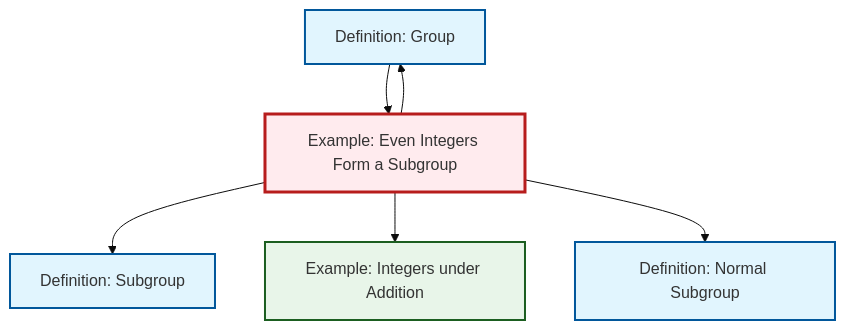
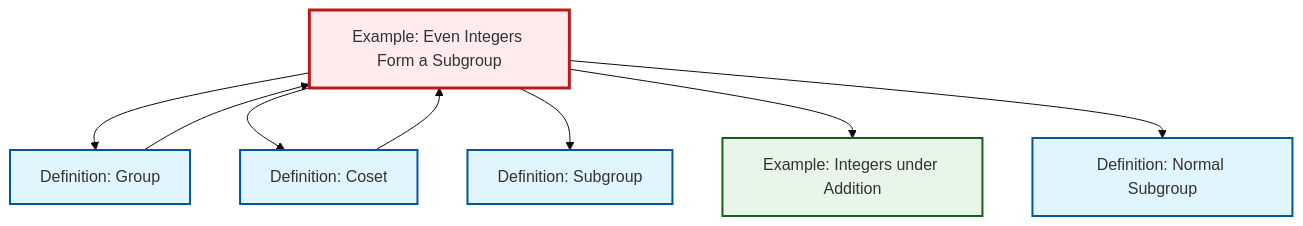
One commit to RK0429/ModernMath changed the diagram in content/ja/algebra/ex-even-integers-subgroup.qmd. Above: the diagram before and after it, drawn with Mermaid (base theme). The commit also changed 417 other files, not shown here.

````diff
--- a/content/ja/algebra/ex-even-integers-subgroup.qmd
+++ b/content/ja/algebra/ex-even-integers-subgroup.qmd
@@ -51,24 +51,28 @@
 ```{mermaid}
 %%| fig-cap: "Local dependency graph"
 graph TD
     classDef definition fill:#e1f5fe,stroke:#01579b,stroke-width:2px
     classDef theorem fill:#f3e5f5,stroke:#4a148c,stroke-width:2px
     classDef axiom fill:#fff3e0,stroke:#e65100,stroke-width:2px
     classDef example fill:#e8f5e9,stroke:#1b5e20,stroke-width:2px
     classDef current fill:#ffebee,stroke:#b71c1c,stroke-width:3px
+    ex-even-integers-subgroup["Example: Even Integers Form a Subgroup"]:::example
+    def-coset["Definition: Coset"]:::definition
+    def-normal-subgroup["Definition: Normal Subgroup"]:::definition
+    ex-integers-addition["Example: Integers under Addition"]:::example
     def-subgroup["Definition: Subgroup"]:::definition
-    def-normal-subgroup["Definition: Normal Subgroup"]:::definition
     def-group["Definition: Group"]:::definition
-    ex-integers-addition["Example: Integers under Addition"]:::example
-    ex-even-integers-subgroup["Example: Even Integers Form a Subgroup"]:::example
+    def-coset --> ex-even-integers-subgroup
+    def-group --> ex-even-integers-subgroup
+    ex-even-integers-subgroup --> def-group
+    ex-even-integers-subgroup --> def-coset
     ex-even-integers-subgroup --> def-subgroup
-    ex-even-integers-subgroup --> def-group
     ex-even-integers-subgroup --> ex-integers-addition
-    def-group --> ex-even-integers-subgroup
     ex-even-integers-subgroup --> def-normal-subgroup
     class ex-even-integers-subgroup current
+    click def-coset "def-coset.html" "Definition: Cosetへ"
+    click def-normal-subgroup "def-normal-subgroup.html" "Definition: Normal Subgroupへ"
+    click ex-integers-addition "ex-integers-addition.html" "Example: Integers under Additionへ"
     click def-subgroup "def-subgroup.html" "Definition: Subgroupへ"
-    click def-normal-subgroup "def-normal-subgroup.html" "Definition: Normal Subgroupへ"
     click def-group "def-group.html" "Definition: Groupへ"
-    click ex-integers-addition "ex-integers-addition.html" "Example: Integers under Additionへ"
 ```
````
